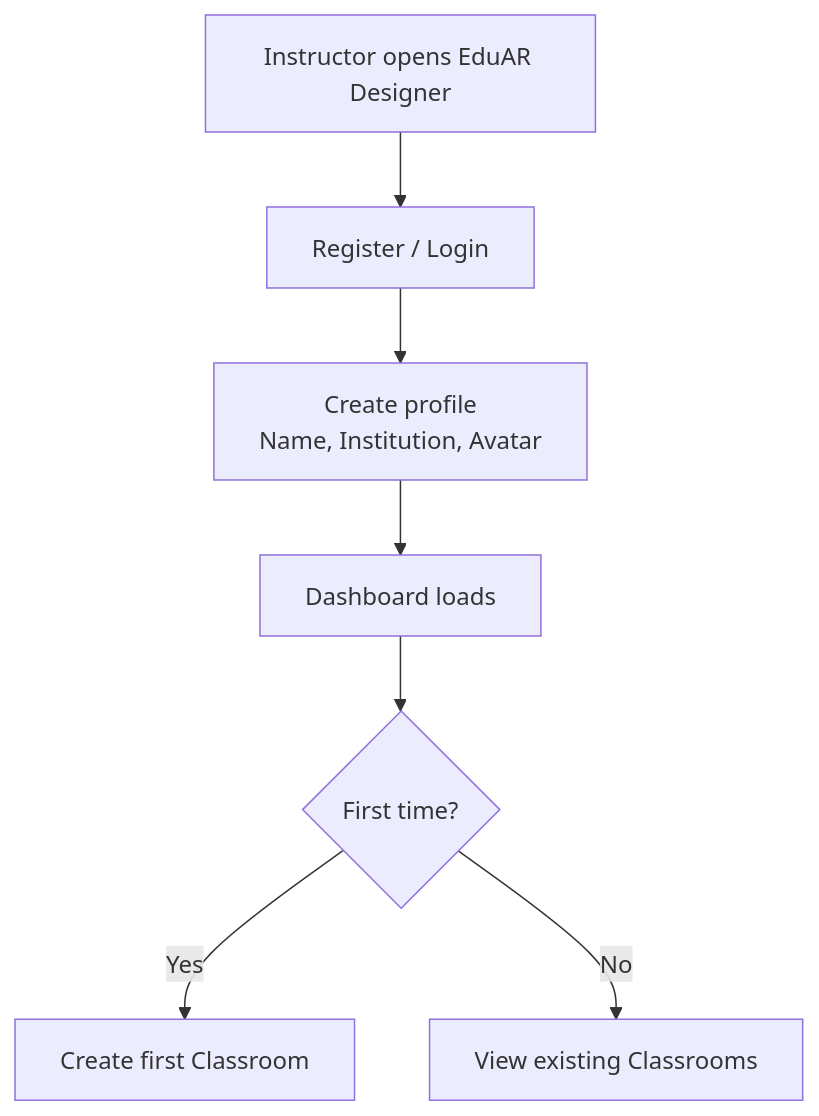
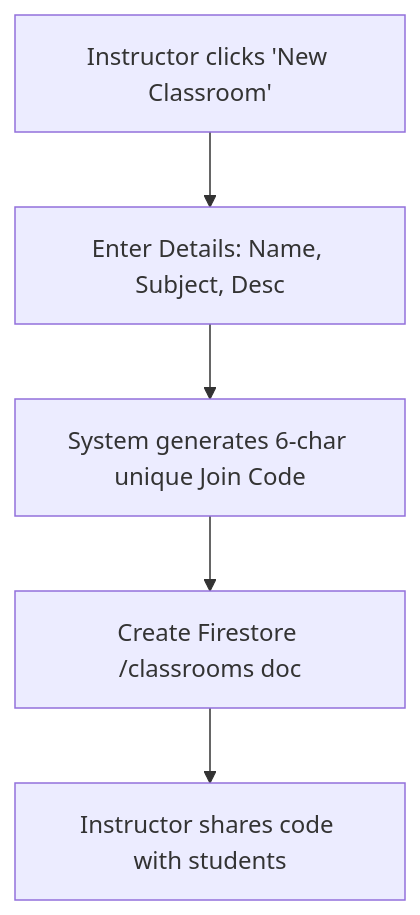
Before and after one commit to abdullahiftikhar0/LucidLab: the first of 5 diagrams in docs/06-workflows.md, drawn with Mermaid. The commit also changed other lines of this file and 1278 other files, not shown here.

````diff
--- a/docs/06-workflows.md
+++ b/docs/06-workflows.md
@@ -9,9 +33,7 @@
 ```mermaid
 flowchart TD
-    A[Instructor opens EduAR Designer] --> B[Register / Login]
-    B --> C[Create profile<br/>Name, Institution, Avatar]
-    C --> D[Dashboard loads]
-    D --> E{First time?}
-    E -->|Yes| F[Create first Classroom]
-    E -->|No| G[View existing Classrooms]
+    A[Instructor clicks 'New Classroom'] --> B[Enter Details: Name, Subject, Desc]
+    B --> C[System generates 6-char unique Join Code]
+    C --> D[Create Firestore /classrooms doc]
+    D --> E[Instructor shares code with students]
 ```
````
